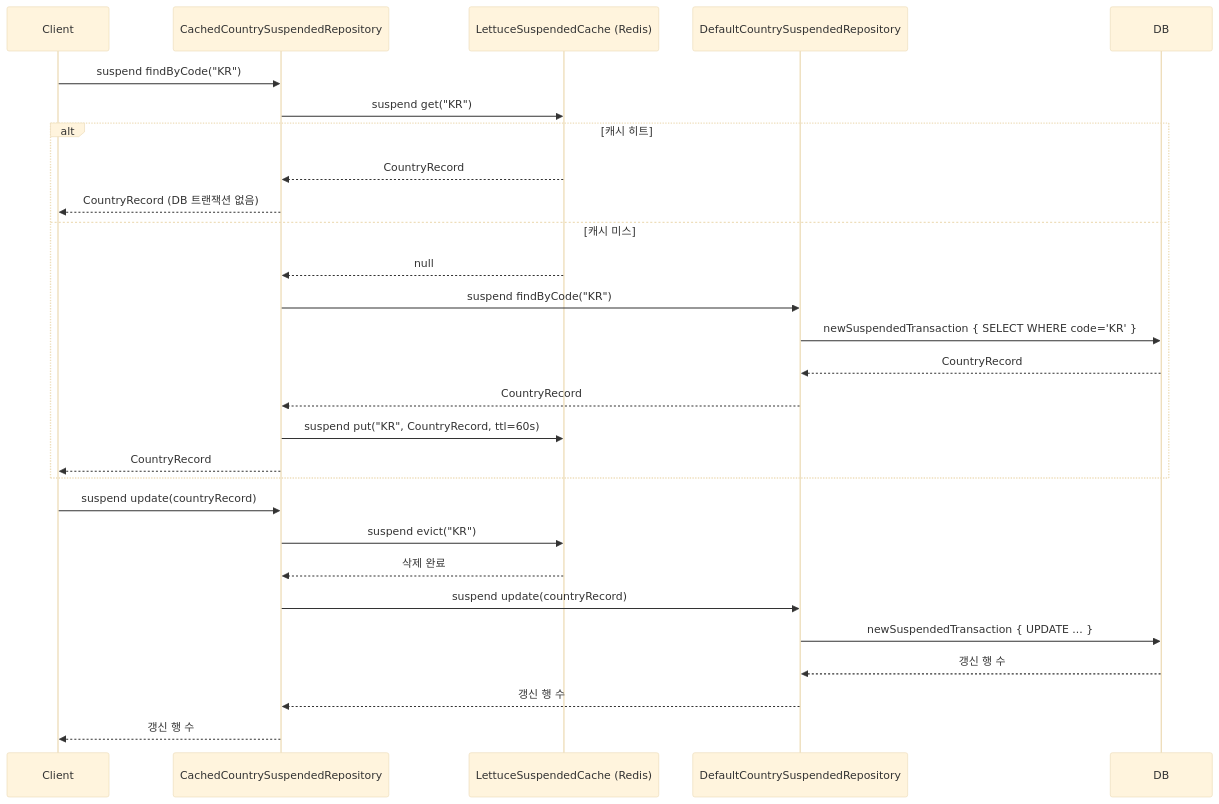
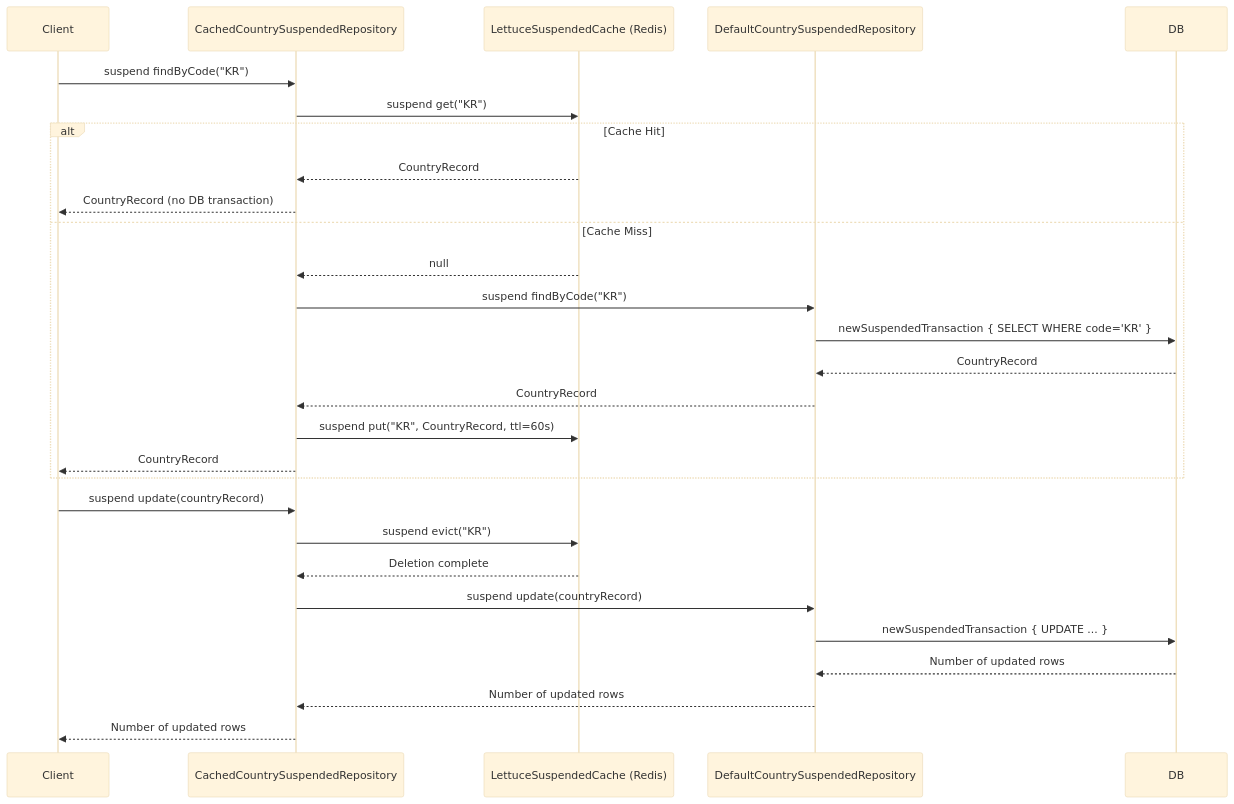
One commit to bluetape4k/exposed-workshop changed the fourth of 4 diagrams in 09-spring/07-spring-suspended-cache/README.md. Above: the diagram before and after it, drawn with Mermaid (base theme). The commit also changed other lines of this file and 115 other files, not shown here.

````diff
--- a/09-spring/07-spring-suspended-cache/README.md
+++ b/09-spring/07-spring-suspended-cache/README.md
@@ -236,32 +236,32 @@
 ```mermaid
 sequenceDiagram
     participant Client
     participant Cached as CachedCountrySuspendedRepository
     participant Cache as LettuceSuspendedCache (Redis)
     participant Default as DefaultCountrySuspendedRepository
     participant DB
 
     Client->>Cached: suspend findByCode("KR")
     Cached->>Cache: suspend get("KR")
-    alt 캐시 히트
+    alt Cache Hit
         Cache-->>Cached: CountryRecord
-        Cached-->>Client: CountryRecord (DB 트랜잭션 없음)
-    else 캐시 미스
+        Cached-->>Client: CountryRecord (no DB transaction)
+    else Cache Miss
         Cache-->>Cached: null
         Cached->>Default: suspend findByCode("KR")
         Default->>DB: newSuspendedTransaction { SELECT WHERE code='KR' }
         DB-->>Default: CountryRecord
         Default-->>Cached: CountryRecord
         Cached->>Cache: suspend put("KR", CountryRecord, ttl=60s)
         Cached-->>Client: CountryRecord
     end
 
     Client->>Cached: suspend update(countryRecord)
     Cached->>Cache: suspend evict("KR")
-    Cache-->>Cached: 삭제 완료
+    Cache-->>Cached: Deletion complete
     Cached->>Default: suspend update(countryRecord)
     Default->>DB: newSuspendedTransaction { UPDATE ... }
-    DB-->>Default: 갱신 행 수
-    Default-->>Cached: 갱신 행 수
-    Cached-->>Client: 갱신 행 수
+    DB-->>Default: Number of updated rows
+    Default-->>Cached: Number of updated rows
+    Cached-->>Client: Number of updated rows
 ```
````
